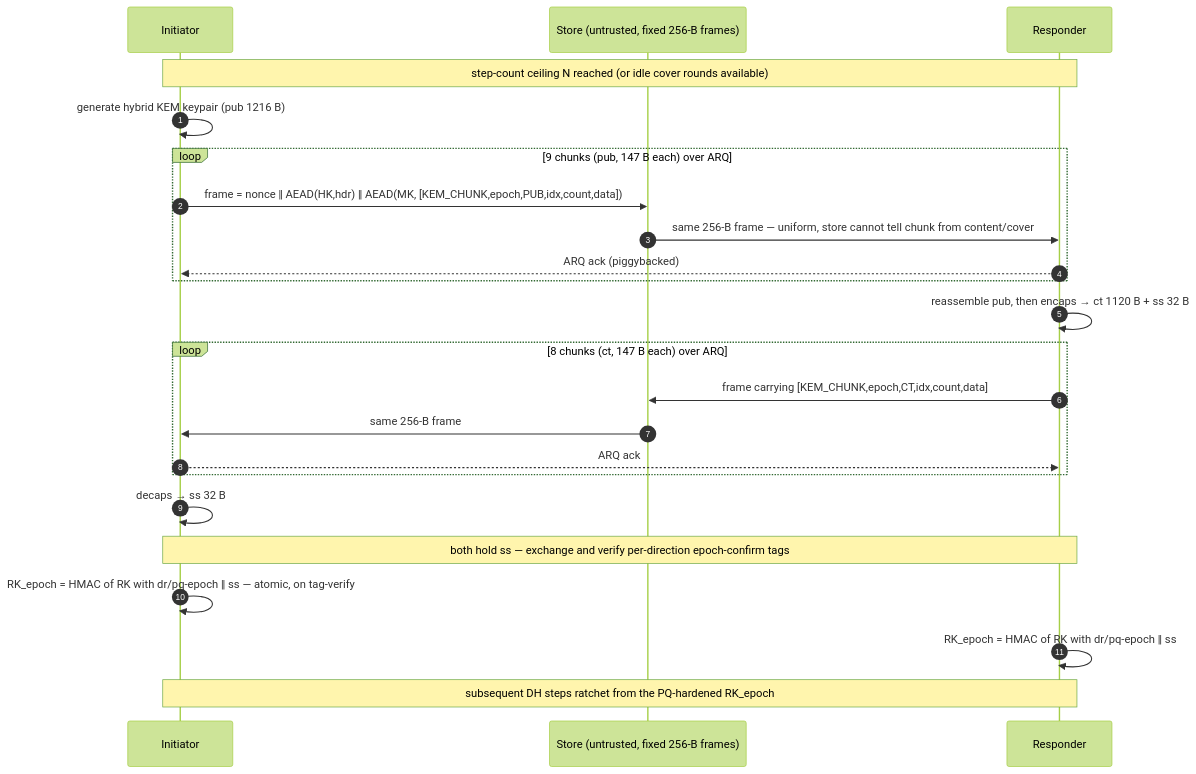
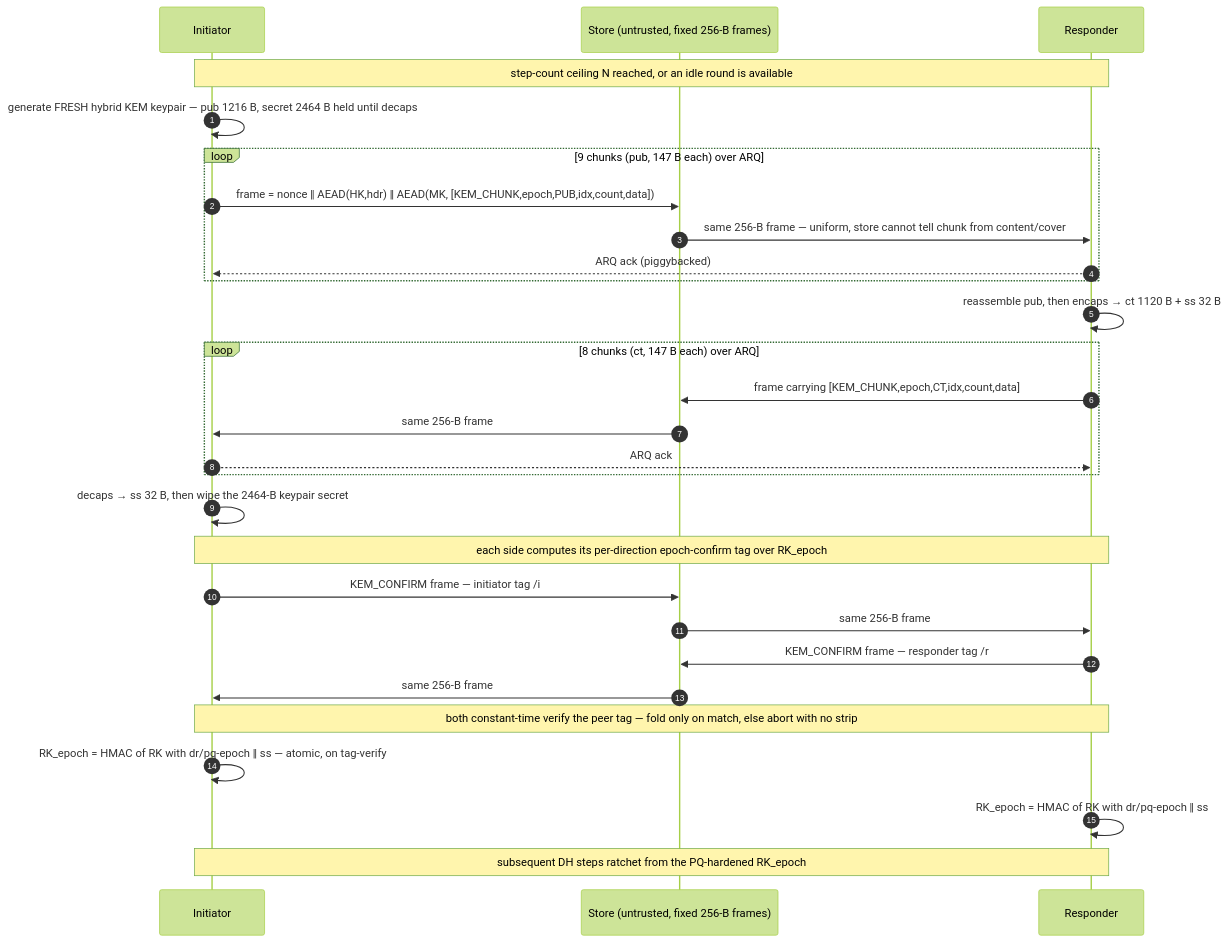
The first of 2 diagrams in specs/001-metadata-private-messenger/design/continuous-pq-ratchet.md (oluies/Deppis), drawn with Mermaid (forest theme) before and after one commit. The commit also changed other lines of this file, not shown here.

Commit message:
docs(design): address roborev review — reframe gap as PQ post-compromise (not passive HNDL), fix cover-frame/lemma/budget/lifecycle

````diff
--- a/specs/001-metadata-private-messenger/design/continuous-pq-ratchet.md
+++ b/specs/001-metadata-private-messenger/design/continuous-pq-ratchet.md
@@ -450,25 +507,30 @@
 ```mermaid
 sequenceDiagram
     autonumber
     participant I as Initiator
     participant S as Store (untrusted, fixed 256-B frames)
     participant R as Responder
-    Note over I,R: step-count ceiling N reached (or idle cover rounds available)
-    I->>I: generate hybrid KEM keypair (pub 1216 B)
+    Note over I,R: step-count ceiling N reached, or an idle round is available
+    I->>I: generate FRESH hybrid KEM keypair — pub 1216 B, secret 2464 B held until decaps
     loop 9 chunks (pub, 147 B each) over ARQ
         I->>S: frame = nonce ‖ AEAD(HK,hdr) ‖ AEAD(MK, [KEM_CHUNK,epoch,PUB,idx,count,data])
         S->>R: same 256-B frame — uniform, store cannot tell chunk from content/cover
         R-->>I: ARQ ack (piggybacked)
     end
     R->>R: reassemble pub, then encaps → ct 1120 B + ss 32 B
     loop 8 chunks (ct, 147 B each) over ARQ
         R->>S: frame carrying [KEM_CHUNK,epoch,CT,idx,count,data]
         S->>I: same 256-B frame
         I-->>R: ARQ ack
     end
-    I->>I: decaps → ss 32 B
-    Note over I,R: both hold ss — exchange and verify per-direction epoch-confirm tags
+    I->>I: decaps → ss 32 B, then wipe the 2464-B keypair secret
+    Note over I,R: each side computes its per-direction epoch-confirm tag over RK_epoch
+    I->>S: KEM_CONFIRM frame — initiator tag /i
+    S->>R: same 256-B frame
+    R->>S: KEM_CONFIRM frame — responder tag /r
+    S->>I: same 256-B frame
+    Note over I,R: both constant-time verify the peer tag — fold only on match, else abort with no strip
     I->>I: RK_epoch = HMAC of RK with dr/pq-epoch ‖ ss — atomic, on tag-verify
     R->>R: RK_epoch = HMAC of RK with dr/pq-epoch ‖ ss
     Note over I,R: subsequent DH steps ratchet from the PQ-hardened RK_epoch
 ```
````
